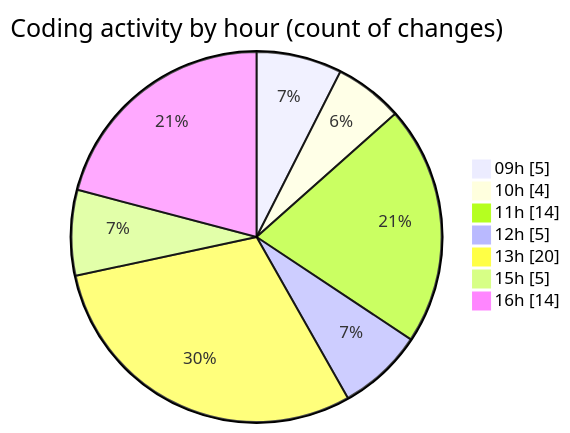
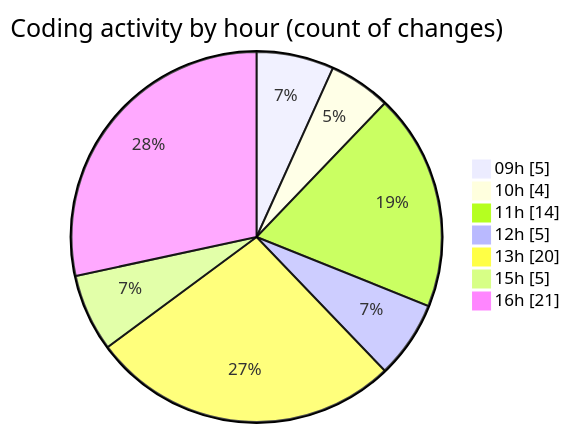
The second of 2 diagrams in 2025-09-11/cda/README.md (momahboobian/code-tracking), drawn with Mermaid before and after one commit. The commit also changed other lines of this file and 1 other file, not shown here.

````diff
--- a/2025-09-11/cda/README.md
+++ b/2025-09-11/cda/README.md
@@ -40,11 +40,11 @@
 ```mermaid
 pie showData
 title Coding activity by hour (count of changes)
 "09h" : 5
 "10h" : 4
 "11h" : 14
 "12h" : 5
 "13h" : 20
 "15h" : 5
-"16h" : 14
+"16h" : 21
 ```
````
